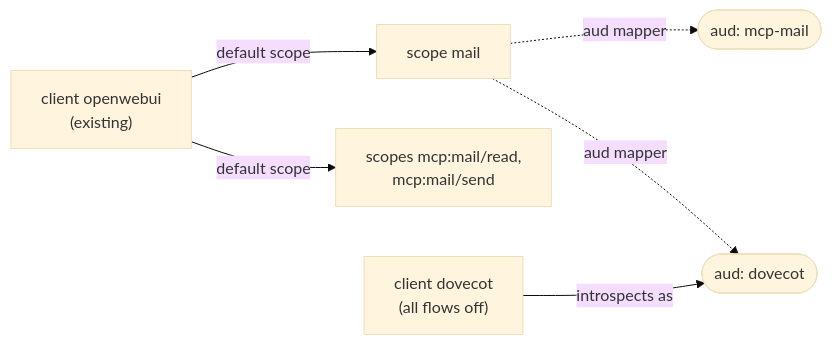
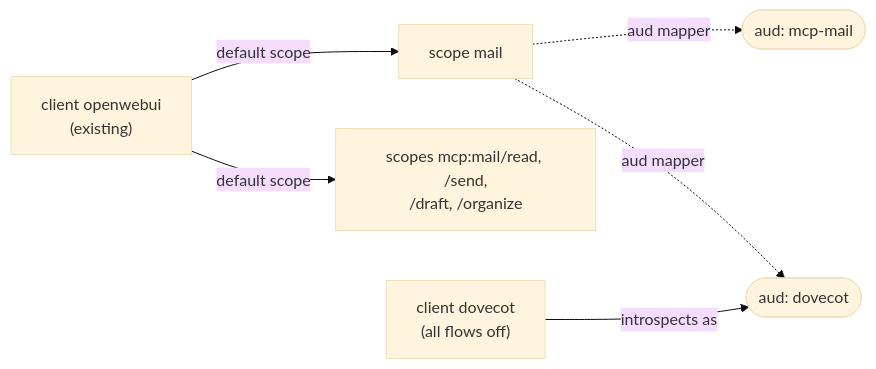
The third of 5 diagrams in docs/mail-credential.md (linuxrrze/mcp-mail-oauth), drawn with Mermaid (base theme) before and after one commit. The commit also changed other lines of this file and 22 other files, not shown here.

````diff
--- a/docs/mail-credential.md
+++ b/docs/mail-credential.md
@@ -69,8 +69,8 @@
 ```mermaid
 flowchart LR
     ow["client openwebui<br/>(existing)"] -- default scope --> mail["scope mail"]
-    ow -- default scope --> tools["scopes mcp:mail/read,<br/>mcp:mail/send"]
+    ow -- default scope --> tools["scopes mcp:mail/read, /send,<br/>/draft, /organize"]
     mail -. "aud mapper" .-> a1(["aud: mcp-mail"])
     mail -. "aud mapper" .-> a2(["aud: dovecot"])
     dc["client dovecot<br/>(all flows off)"] -- "introspects as" --> a2
 ```
````
